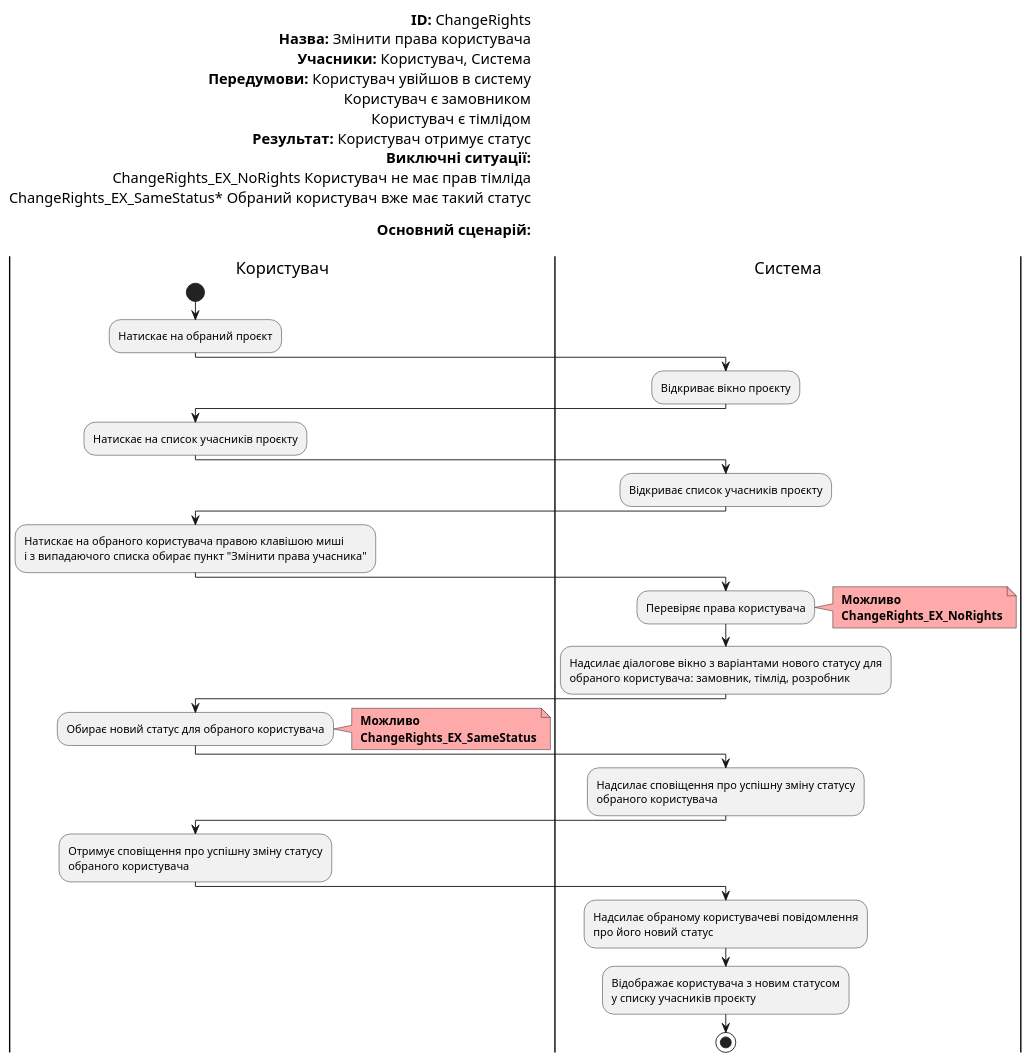
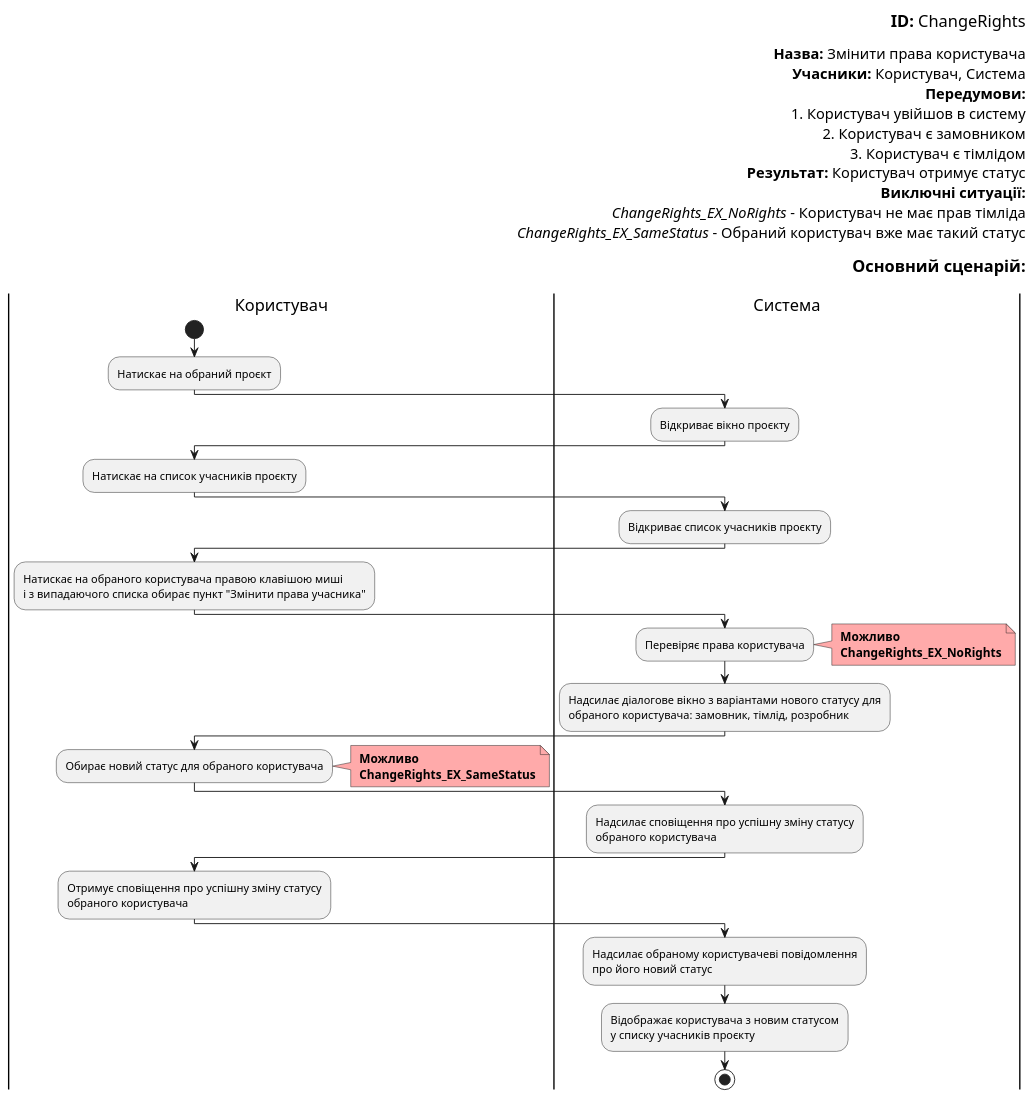
Diagram 18 of 19 in docs/use cases/README.md (boldak/edu-db-cw), drawn with PlantUML before and after one commit. The commit also changed other lines of this file, not shown here.

```diff
--- a/docs/use cases/README.md
+++ b/docs/use cases/README.md
@@ -1103,69 +1105,71 @@
 @startuml
 
-    left header        
-        <font color=000 size=16><b>ID:</b> ChangeRights
+    right header        
+        <font color=000 size=18><b>ID:</b> ChangeRights
+
         <font color=000 size=16><b>Назва:</b> Змінити права користувача
         <font color=000 size=16><b>Учасники:</b> Користувач, Система
-        <font color=000 size=16><b>Передумови:</b> Користувач увійшов в систему
-        <font color=000 size=16> Користувач є замовником
-        <font color=000 size=16> Користувач є тімлідом
+        <font color=000 size=16><b>Передумови:</b> 
+        <font color=000 size=16> 1. Користувач увійшов в систему
+        <font color=000 size=16> 2. Користувач є замовником
+        <font color=000 size=16> 3. Користувач є тімлідом
         <font color=000 size=16><b>Результат:</b> Користувач отримує статус
         <font color=000 size=16><b>Виключні ситуації:</b>
-        <font color=000 size=16> ChangeRights_EX_NoRights Користувач не має прав тімліда
-        <font color=000 size=16> ChangeRights_EX_SameStatus* Обраний користувач вже має такий статус
+        <font color=000 size=16> <i>ChangeRights_EX_NoRights</i> - Користувач не має прав тімліда
+        <font color=000 size=16> <i>ChangeRights_EX_SameStatus</i> - Обраний користувач вже має такий статус
         
-        <font color=000 size=16><b>Основний сценарій:</b>
+        <font color=000 size=18><b>Основний сценарій:</b>
         
     end header
     
     |Користувач|
         start;
         :Натискає на обраний проєкт;
 
     |Система|
         :Відкриває вікно проєкту;
 
     |Користувач|
         :Натискає на список учасників проєкту;
 
     |Система|
         :Відкриває список учасників проєкту;
 
     |Користувач|
         :Натискає на обраного користувача правою клавішою миші
         і з випадаючого списка обирає пункт "Змінити права учасника";
 
     |Система|
         :Перевіряє права користувача;
         note right #ffaaaa
         <b> Можливо
         <b> ChangeRights_EX_NoRights
         end note
 
         :Надсилає діалогове вікно з варіантами нового статусу для 
         обраного користувача: замовник, тімлід, розробник;
 
     |Користувач|
         :Обирає новий статус для обраного користувача;
         note right #ffaaaa
         <b> Можливо
         <b> ChangeRights_EX_SameStatus
         end note
     
     |Система|
         :Надсилає сповіщення про успішну зміну статусу 
         обраного користувача;
 
     |Користувач|
         :Отримує сповіщення про успішну зміну статусу 
         обраного користувача;
 
     |Система|    
         :Надсилає обраному користувачеві повідомлення
         про його новий статус;
 
     |Система|
         :Відображає користувача з новим статусом 
         у списку учасників проєкту;
         stop;
 @enduml
```
